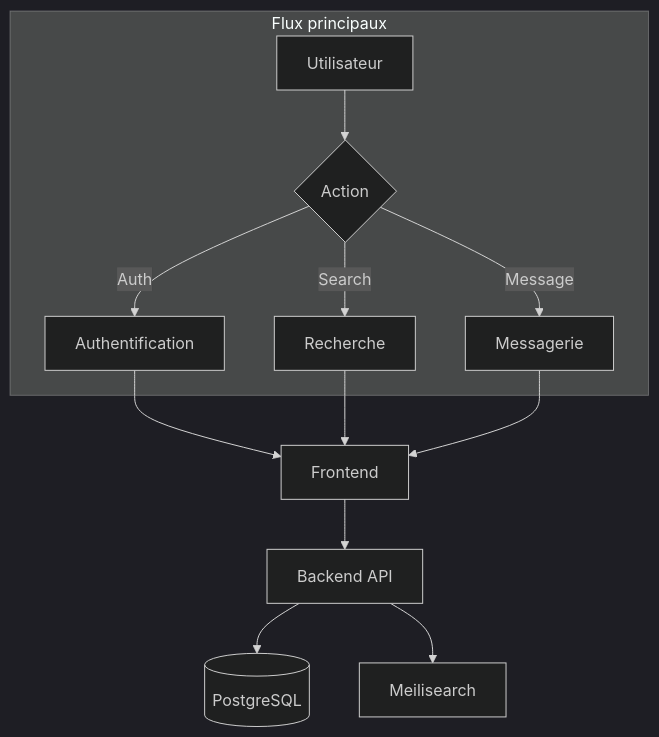
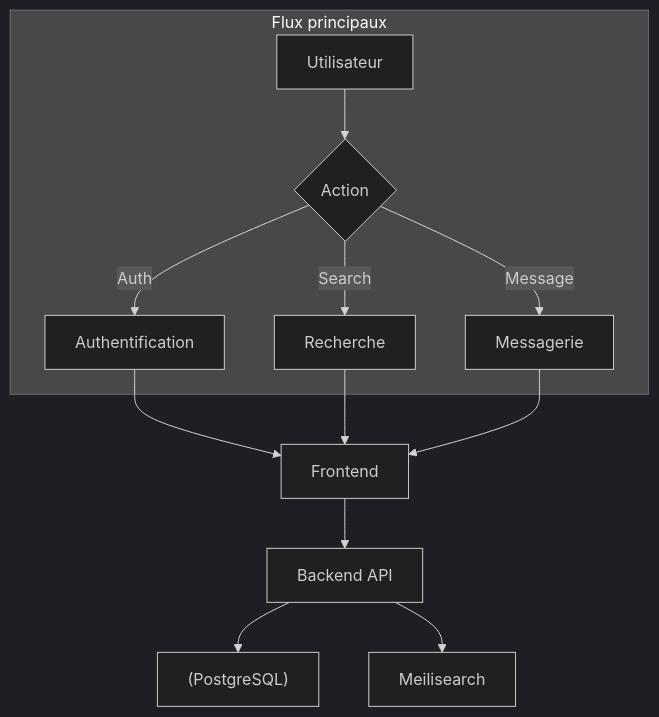
The diagram in docs/documentation-implementation/arc42/06-runtime/index.md (Sojeremy/documentation-skillswap), drawn with Mermaid (dark theme) before and after one commit. The commit also changed 14 other files, not shown here.

Commit message:
docs: fix syntaxe Mermaid (labels quotés sur flowchart/graph) — 15 fichiers

````diff
--- a/docs/documentation-implementation/arc42/06-runtime/index.md
+++ b/docs/documentation-implementation/arc42/06-runtime/index.md
@@ -20,17 +20,17 @@
 ```mermaid
 graph TB
     subgraph "Flux principaux"
-        A[Utilisateur] --> B{Action}
-        B -->|Auth| C[Authentification]
-        B -->|Search| D[Recherche]
-        B -->|Message| E[Messagerie]
+        A["Utilisateur"] --> B{"Action"}
+        B -->|"Auth"| C["Authentification"]
+        B -->|"Search"| D["Recherche"]
+        B -->|"Message"| E["Messagerie"]
     end
 
-    C --> F[Frontend]
+    C --> F["Frontend"]
     D --> F
     E --> F
 
-    F --> G[Backend API]
-    G --> H[(PostgreSQL)]
-    G --> I[Meilisearch]
+    F --> G["Backend API"]
+    G --> H["(PostgreSQL)"]
+    G --> I["Meilisearch"]
 ```
````
